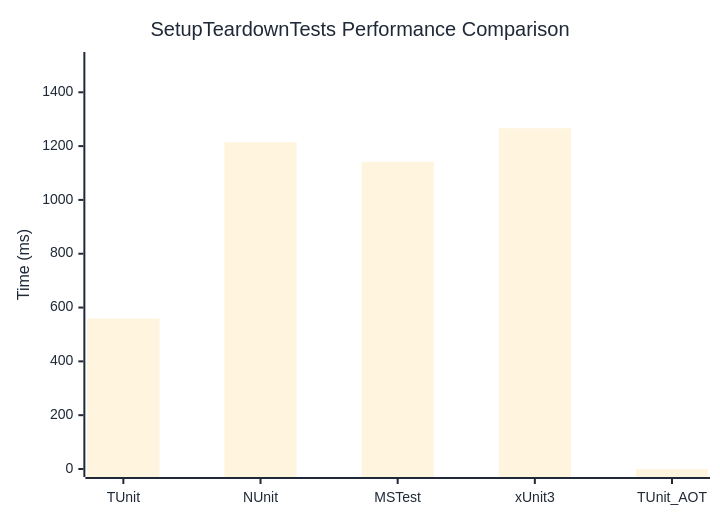
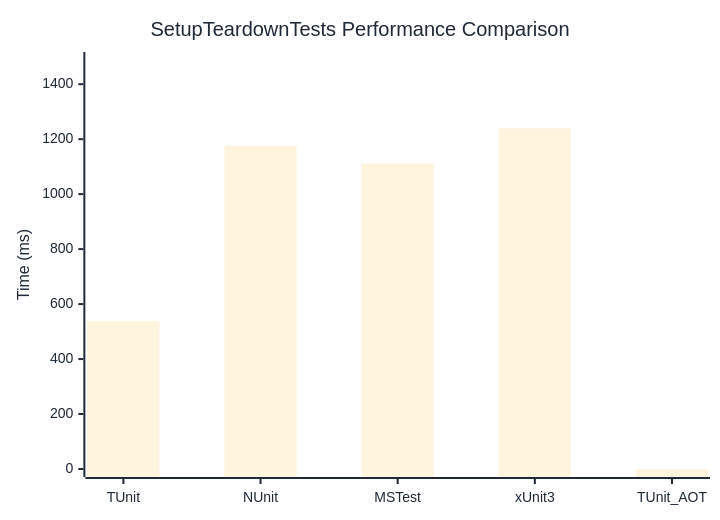
The diagram in docs/docs/benchmarks/SetupTeardownTests.md (thomhurst/TUnit), drawn with Mermaid before and after one commit. The commit also changed other lines of this file and 17 other files, not shown here.

````diff
--- a/docs/docs/benchmarks/SetupTeardownTests.md
+++ b/docs/docs/benchmarks/SetupTeardownTests.md
@@ -27,37 +27,37 @@
 ```mermaid
 %%{init: {
   'theme':'base',
   'themeVariables': {
     'primaryColor': '#2563eb',
     'primaryTextColor': '#1f2937',
     'primaryBorderColor': '#1e40af',
     'lineColor': '#6b7280',
     'secondaryColor': '#7c3aed',
     'tertiaryColor': '#dc2626',
     'background': '#ffffff',
     'mainBkg': '#2563eb',
     'secondBkg': '#7c3aed',
     'tertiaryBkg': '#dc2626',
     'clusterBkg': '#f3f4f6',
     'edgeLabelBackground': '#ffffff',
     'tertiaryTextColor': '#1f2937',
     'pie1': '#2563eb',
     'pie2': '#7c3aed',
     'pie3': '#dc2626',
     'pie4': '#f59e0b',
     'pie5': '#10b981',
     'pie6': '#06b6d4',
     'pie7': '#ec4899',
     'pie8': '#6366f1',
     'pie9': '#84cc16',
     'pie10': '#f97316',
     'pie11': '#14b8a6',
     'pie12': '#a855f7'
   }
 }}%%
 xychart-beta
   title "SetupTeardownTests Performance Comparison"
   x-axis ["TUnit", "NUnit", "MSTest", "xUnit3", "TUnit_AOT"]
-  y-axis "Time (ms)" 0 --> 1520
-  bar [559.3, 1214.6, 1141.6, 1266.3, 0]
+  y-axis "Time (ms)" 0 --> 1488
+  bar [538.3, 1174.9, 1111.3, 1239.2, 0]
 ```
````
